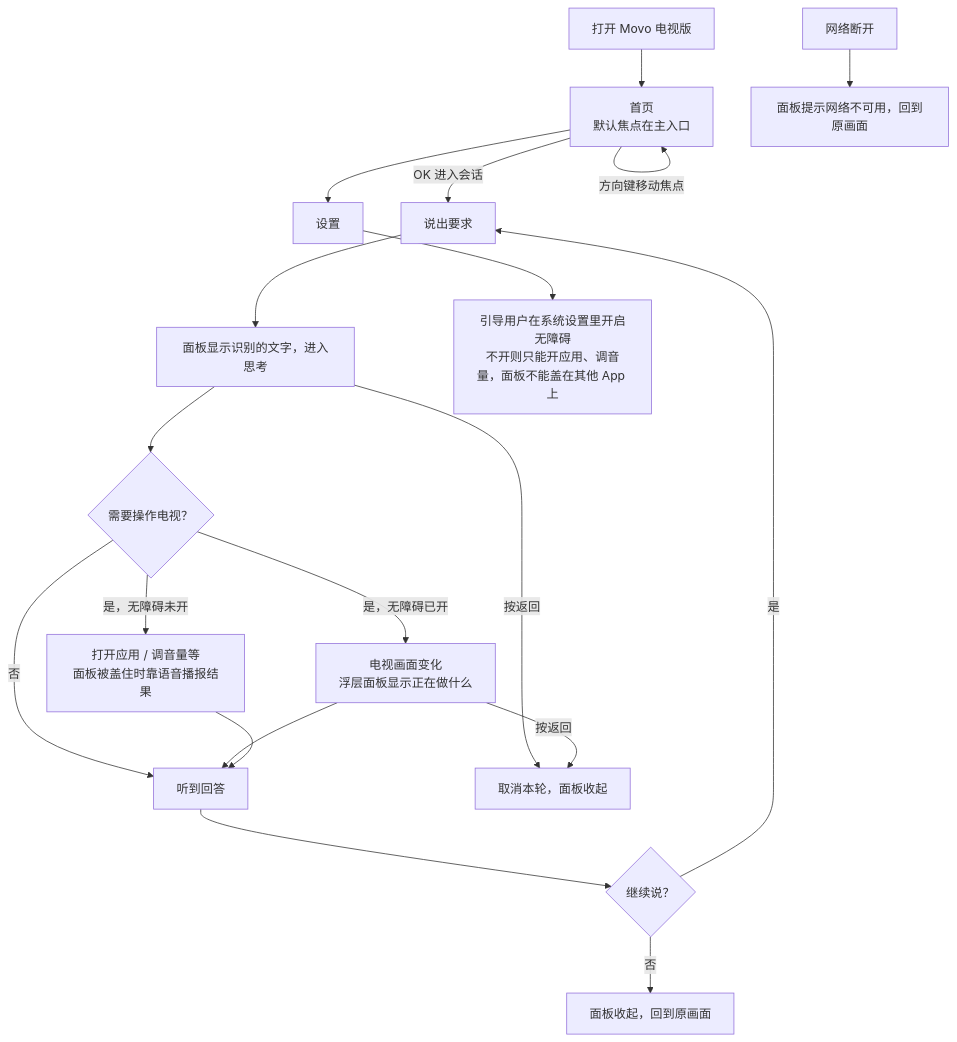
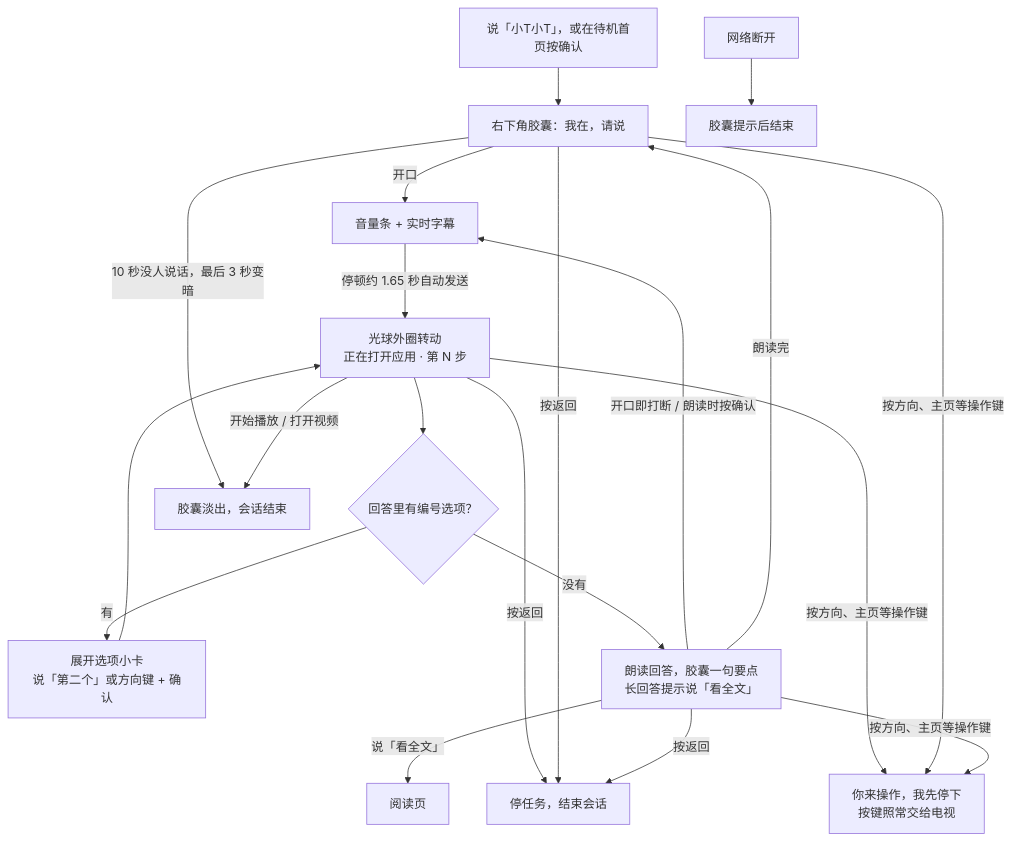
Before and after one commit to Fartown/Movo: the second of 2 diagrams in docs/solutions/tv-voice-app/电视端语音App实施方案.md, drawn with Mermaid. The commit also changed other lines of this file and 1 other file, not shown here.

````diff
--- a/docs/solutions/tv-voice-app/电视端语音App实施方案.md
+++ b/docs/solutions/tv-voice-app/电视端语音App实施方案.md
@@ -268,22 +300,18 @@
 ```mermaid
 flowchart TD
-    A[打开 Movo 电视版] --> H[首页<br/>默认焦点在主入口]
-    H -->|方向键移动焦点| H
-    H -->|OK 进入会话| S2[说出要求]
-    S2 --> S3[面板显示识别的文字，进入思考]
-    S3 --> S4{需要操作电视？}
-    S4 -->|是，无障碍已开| S5[电视画面变化<br/>浮层面板显示正在做什么]
-    S4 -->|是，无障碍未开| S5b[打开应用 / 调音量等<br/>面板被盖住时靠语音播报结果]
-    S4 -->|否| S6[听到回答]
-    S5 --> S6
-    S5b --> S6
-    S6 --> S7{继续说？}
-    S7 -->|是| S2
-    S7 -->|否| E[面板收起，回到原画面]
-    S3 -->|按返回| X[取消本轮，面板收起]
-    S5 -->|按返回| X
-
-    H --> SET[设置]
-    SET --> SET1[引导用户在系统设置里开启无障碍<br/>不开则只能开应用、调音量，面板不能盖在其他 App 上]
-    N[网络断开] --> N1[面板提示网络不可用，回到原画面]
+    W[说「小T小T」，或在待机首页按确认] --> L[右下角胶囊：我在，请说]
+    L -->|开口| H[音量条 + 实时字幕]
+    H -->|停顿约 1.65 秒自动发送| T[光球外圈转动<br/>正在打开应用 · 第 N 步]
+    T --> Q{回答里有编号选项？}
+    Q -->|有| C[展开选项小卡<br/>说「第二个」或方向键 + 确认]
+    C --> T
+    Q -->|没有| S[朗读回答，胶囊一句要点<br/>长回答提示说「看全文」]
+    S -->|开口即打断 / 朗读时按确认| H
+    S -->|朗读完| L
+    S -->|说「看全文」| R[阅读页]
+    L -->|10 秒没人说话，最后 3 秒变暗| E[胶囊淡出，会话结束]
+    T -->|开始播放 / 打开视频| E
+    T & L & S -->|按返回| X[停任务，结束会话]
+    T & L & S -->|按方向、主页等操作键| Y[你来操作，我先停下<br/>按键照常交给电视]
+    N[网络断开] --> N1[胶囊提示后结束]
 ```
````
